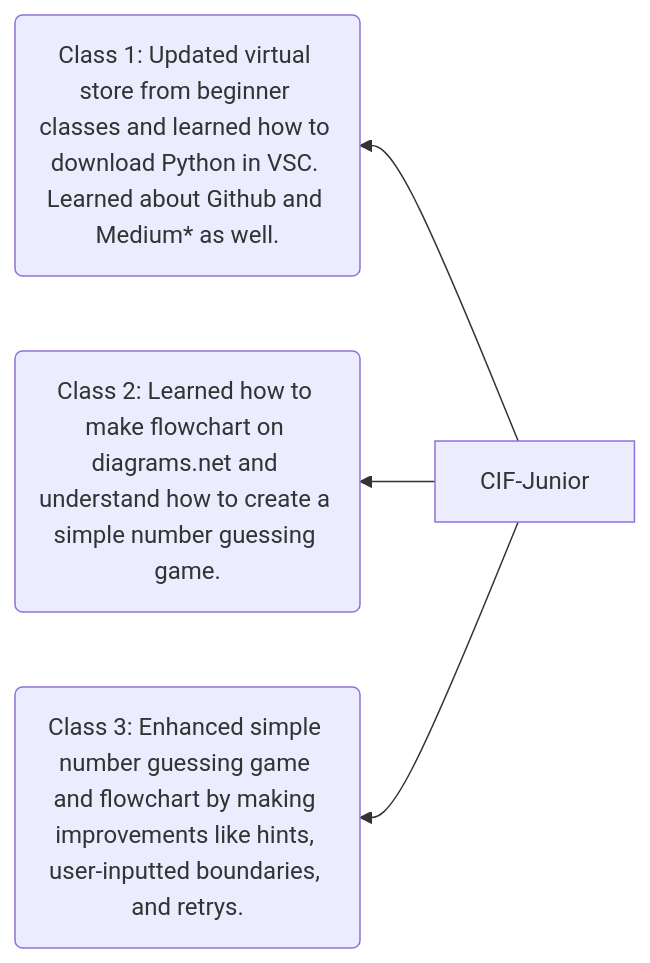
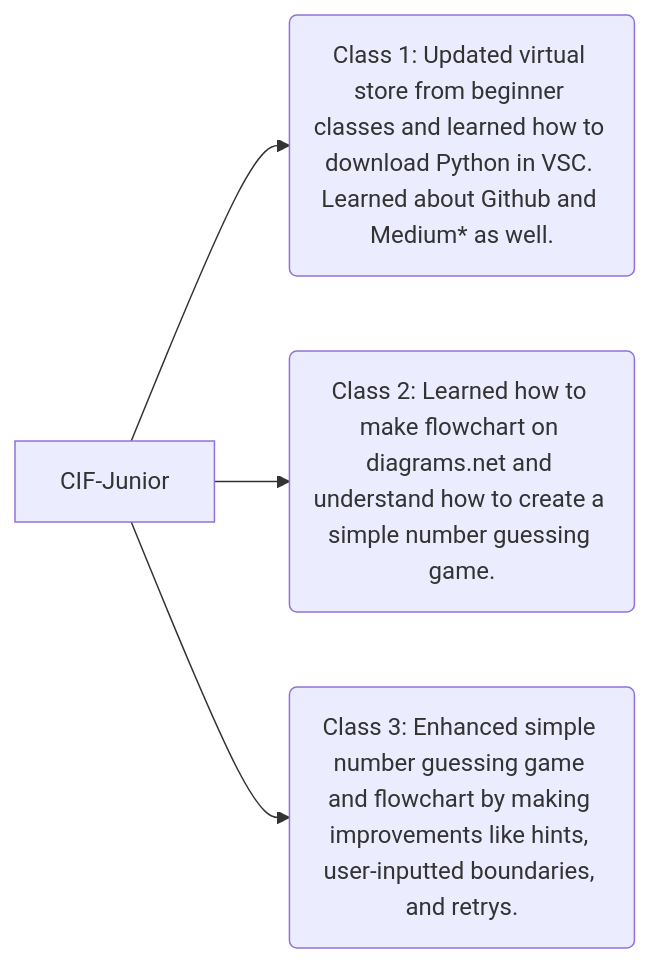
The diagram in README.md (deoclabber/CIF-Junior), drawn with Mermaid before and after one commit.

````diff
--- a/README.md
+++ b/README.md
@@ -10,7 +10,7 @@
 ```mermaid
-graph RL;
+graph LR;
   A[CIF-Junior] --> B(Class 1: Updated virtual store from beginner classes and learned how to download Python in VSC. Learned about Github and Medium* as well.);
   A --> C(Class 2: Learned how to make flowchart on diagrams.net and understand how to create a simple number guessing game.);
   A --> D(Class 3: Enhanced simple number guessing game and flowchart by making improvements like hints, user-inputted boundaries, and retrys.);
 
 ```
````
